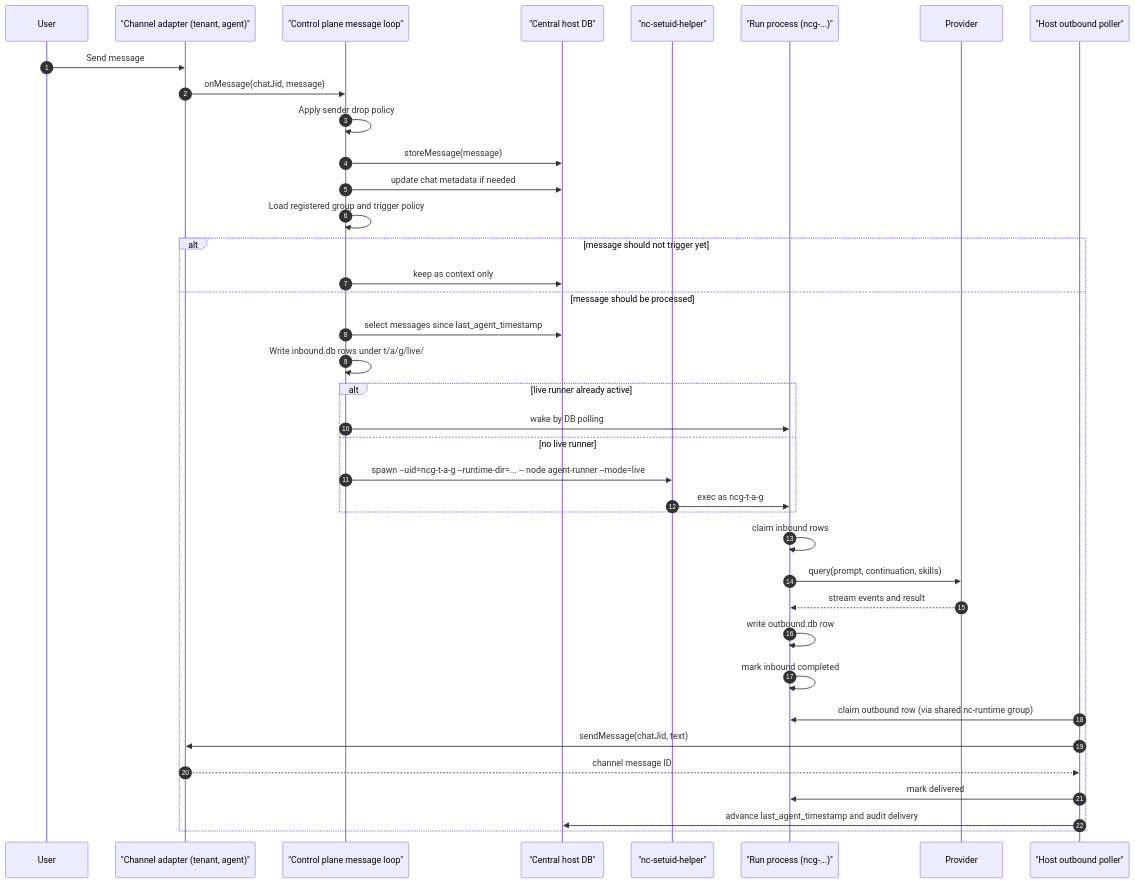
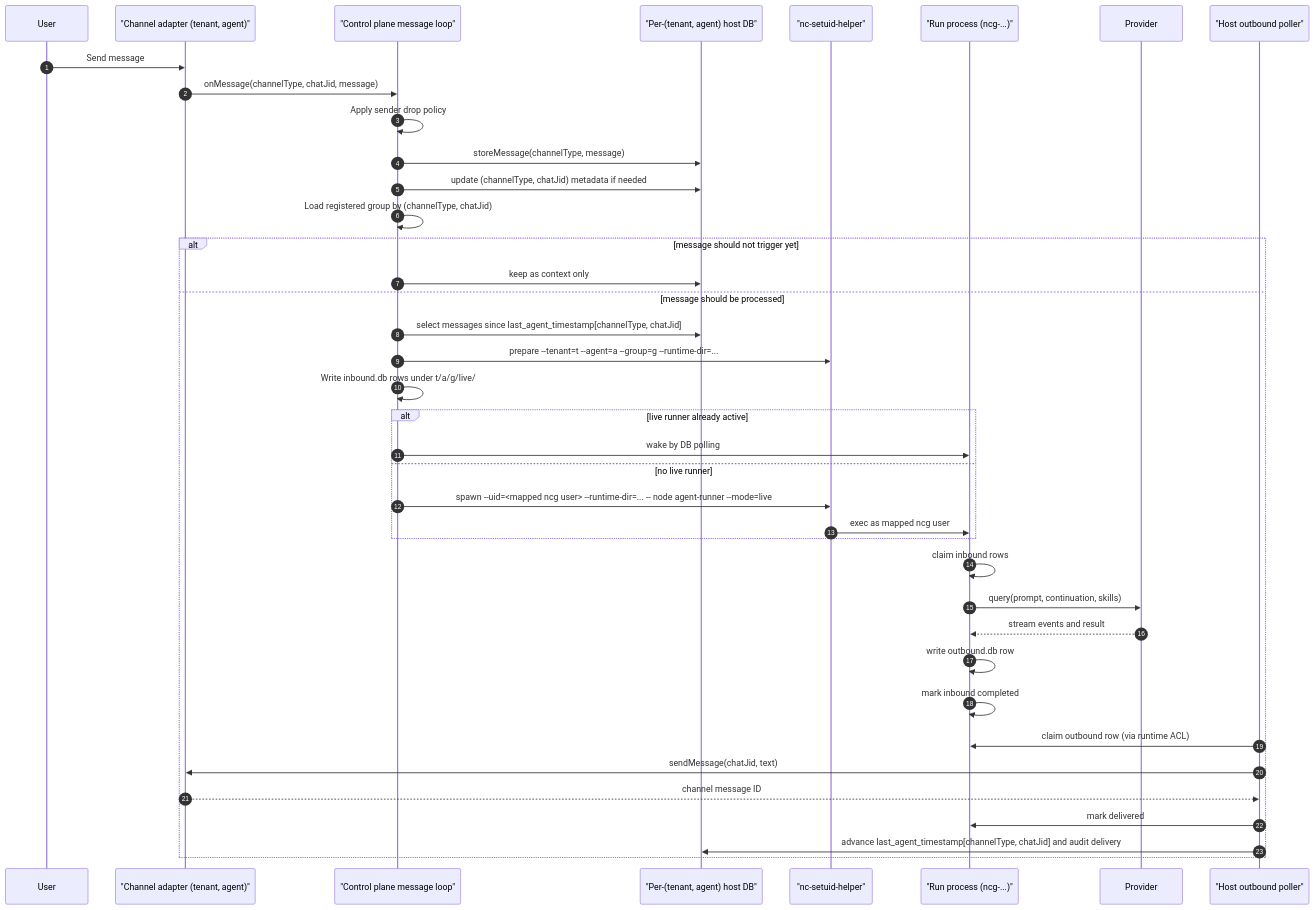
Before and after one commit to xi-qian/nanoclaw: the second of 6 diagrams in docs/runtime-rework/TARGET_ARCHITECTURE_DETAILS.md, drawn with Mermaid. The commit also changed other lines of this file and 4 other files, not shown here.

````diff
--- a/docs/runtime-rework/TARGET_ARCHITECTURE_DETAILS.md
+++ b/docs/runtime-rework/TARGET_ARCHITECTURE_DETAILS.md
@@ -282,41 +306,42 @@
 ```mermaid
 sequenceDiagram
   autonumber
   participant User
   participant Channel as "Channel adapter (tenant, agent)"
   participant Host as "Control plane message loop"
-  participant DB as "Central host DB"
+  participant DB as "Per-(tenant, agent) host DB"
   participant Helper as "nc-setuid-helper"
   participant Runner as "Run process (ncg-...)"
   participant Provider
   participant Outbound as "Host outbound poller"
 
   User->>Channel: Send message
-  Channel->>Host: onMessage(chatJid, message)
+  Channel->>Host: onMessage(channelType, chatJid, message)
   Host->>Host: Apply sender drop policy
-  Host->>DB: storeMessage(message)
-  Host->>DB: update chat metadata if needed
-  Host->>Host: Load registered group and trigger policy
+  Host->>DB: storeMessage(channelType, message)
+  Host->>DB: update (channelType, chatJid) metadata if needed
+  Host->>Host: Load registered group by (channelType, chatJid)
   alt message should not trigger yet
     Host->>DB: keep as context only
   else message should be processed
-    Host->>DB: select messages since last_agent_timestamp
+    Host->>DB: select messages since last_agent_timestamp[channelType, chatJid]
+    Host->>Helper: prepare --tenant=t --agent=a --group=g --runtime-dir=...
     Host->>Host: Write inbound.db rows under t/a/g/live/
     alt live runner already active
       Host->>Runner: wake by DB polling
     else no live runner
-      Host->>Helper: spawn --uid=ncg-t-a-g --runtime-dir=... -- node agent-runner --mode=live
-      Helper->>Runner: exec as ncg-t-a-g
+      Host->>Helper: spawn --uid=<mapped ncg user> --runtime-dir=... -- node agent-runner --mode=live
+      Helper->>Runner: exec as mapped ncg user
     end
     Runner->>Runner: claim inbound rows
     Runner->>Provider: query(prompt, continuation, skills)
     Provider-->>Runner: stream events and result
     Runner->>Runner: write outbound.db row
     Runner->>Runner: mark inbound completed
-    Outbound->>Runner: claim outbound row (via shared nc-runtime group)
+    Outbound->>Runner: claim outbound row (via runtime ACL)
     Outbound->>Channel: sendMessage(chatJid, text)
     Channel-->>Outbound: channel message ID
     Outbound->>Runner: mark delivered
-    Outbound->>DB: advance last_agent_timestamp and audit delivery
+    Outbound->>DB: advance last_agent_timestamp[channelType, chatJid] and audit delivery
   end
 ```
````
